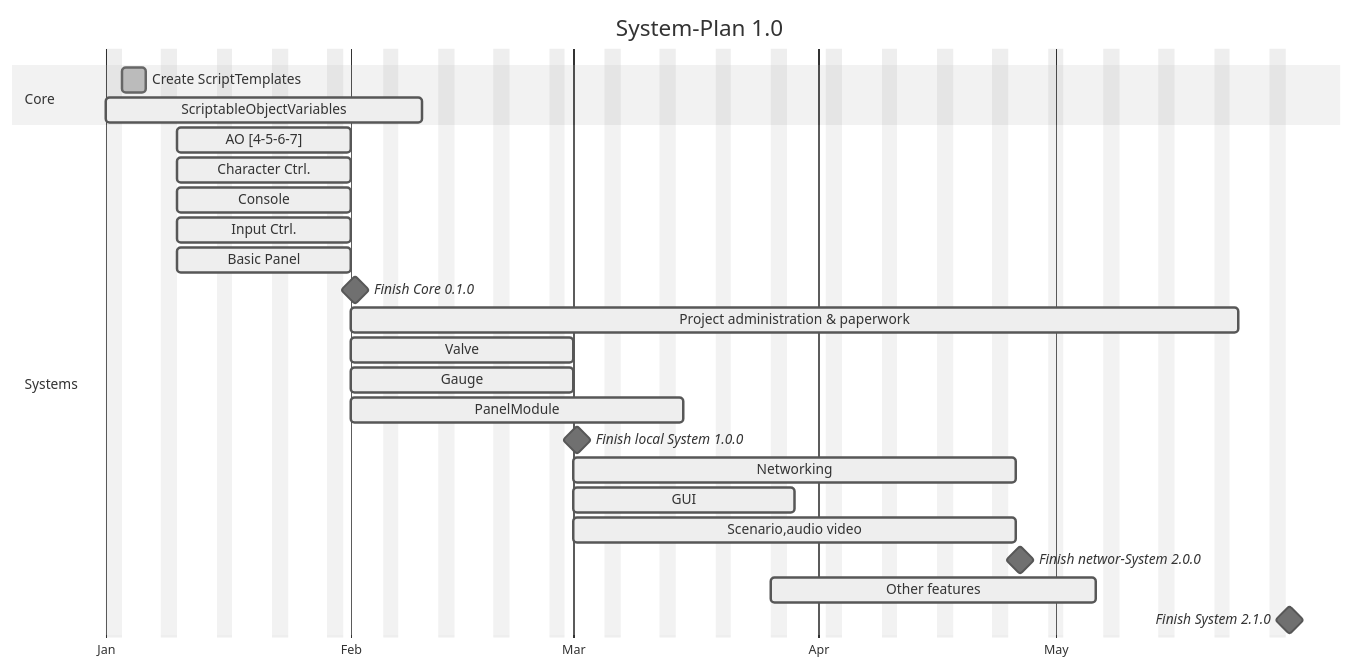
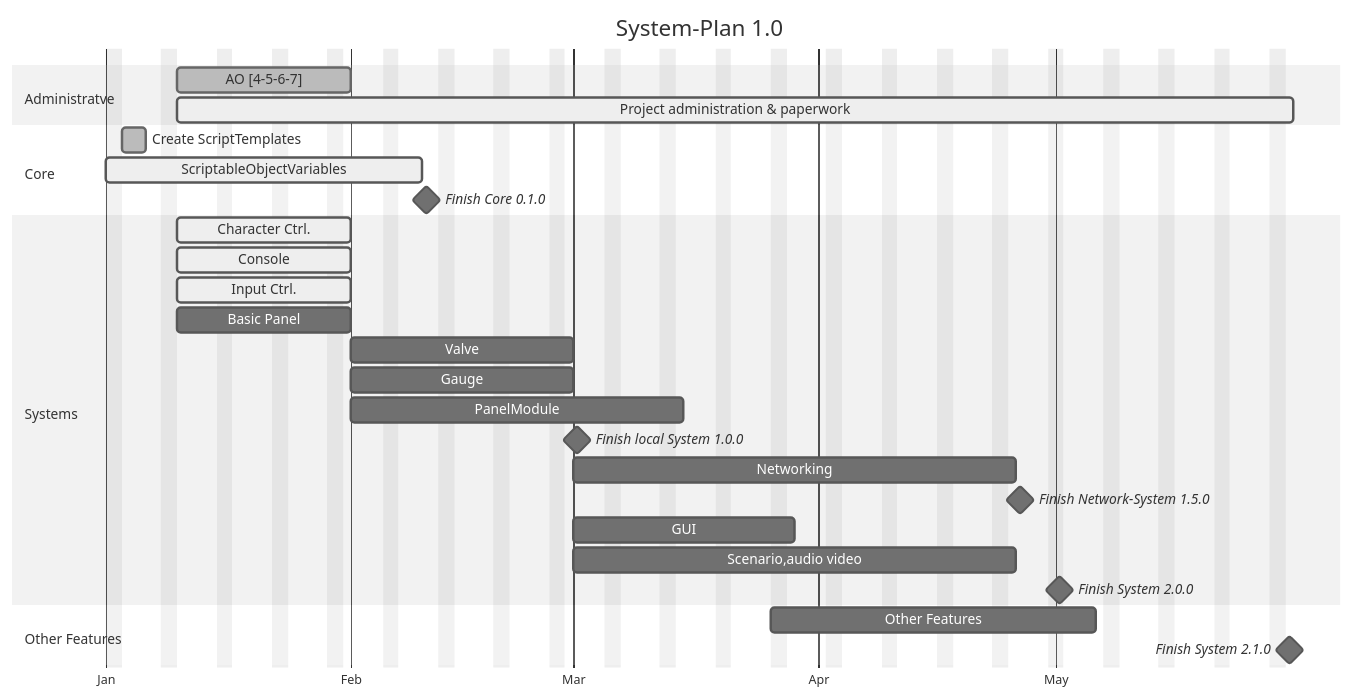
Before and after one commit to Unslinga/DivingEd: the diagram in Documents/SystemPlan.md, drawn with Mermaid (neutral theme). The commit also changed 4 other files, not shown here.

````diff
--- a/Documents/SystemPlan.md
+++ b/Documents/SystemPlan.md
@@ -1,35 +1,37 @@
 ```mermaid
 gantt
     dateFormat  YYYY-MM-DD
     axisFormat  %b
     todayMarker off
     title       System-Plan 1.0
     excludes    weekends
 
+    section Administratve
+    AO [4-5-6-7]                        :done, ao, 2022-01-10, 16d
+    Project administration & paperwork  :active, pw, 2022-01-10, 2022-05-31
+
+
     section Core
     Create ScriptTemplates      :done, st, 2022-01-03, 3d
     ScriptableObjectVariables   :active, sv, 2022-01-01, 2022-02-10
-    
+    Finish Core 0.1.0                   :milestone, m1, 2022-02-10, 1d
 
     section Systems
-    AO [4-5-6-7]                        :active, pw, 2022-01-10, 16d
     Character Ctrl.                     :active, ch, 2022-01-10, 16d
     Console                             :active, co, 2022-01-10, 16d
     Input Ctrl.                         :active, in, 2022-01-10, 16d
-    Basic Panel                         :active, pa, 2022-01-10, 16d
-    Finish Core 0.1.0                   :milestone, m1, 2022-02-01, 1d
+    Basic Panel                         : pa, 2022-01-10, 16d
+    Valve                               : va, 2022-02-01, 20d
+    Gauge                               : ga, 2022-02-01, 20d
+    PanelModule                         : pm, 2022-02-01, 30d
+    Finish local System 1.0.0           :milestone, m2, 2022-03-01, 1d
+    Networking                          : ne, 2022-03-01, 40d
+    Finish Network-System 1.5.0         :milestone, m3, 2022-04-26, 1d
+    GUI                                 : gu, 2022-03-01, 20d
+    Scenario,audio video                : av, 2022-03-01, 40d
+    Finish System 2.0.0                 :milestone, m3, 2022-05-01, 1d
 
-    Project administration & paperwork  :active, pw, 2022-02-01, 80d
-    Valve                               :active, va, 2022-02-01, 20d
-    Gauge                               :active, ga, 2022-02-01, 20d
-    PanelModule                         :active, pm, 2022-02-01, 30d
-    Finish local System 1.0.0           :milestone, m2, 2022-03-01, 1d
-
-    Networking                          :active, ne, 2022-03-01, 40d
-    GUI                                 :active, gu, 2022-03-01, 20d
-    Scenario,audio video                :active, av, 2022-03-01, 40d
-    Finish networ-System 2.0.0          :milestone, m2, 2022-04-26, 1d
-
-    Other features                      :active, va, 2022-03-26, 30d
-    Finish System 2.1.0                 :milestone, m2, 2022-05-30, 1d
+    section Other Features
+    Other Features                      : of, 2022-03-26, 30d
+    Finish System 2.1.0                 :milestone, m4, 2022-05-30, 1d
 ```
````
